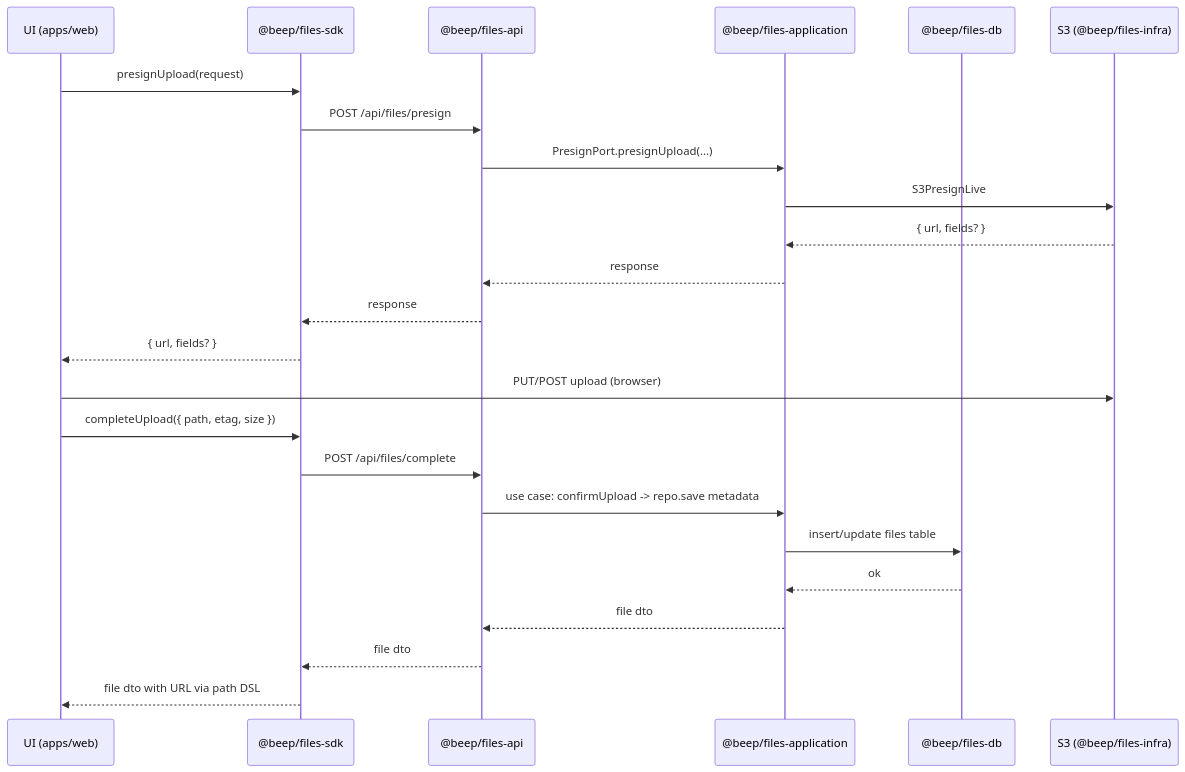
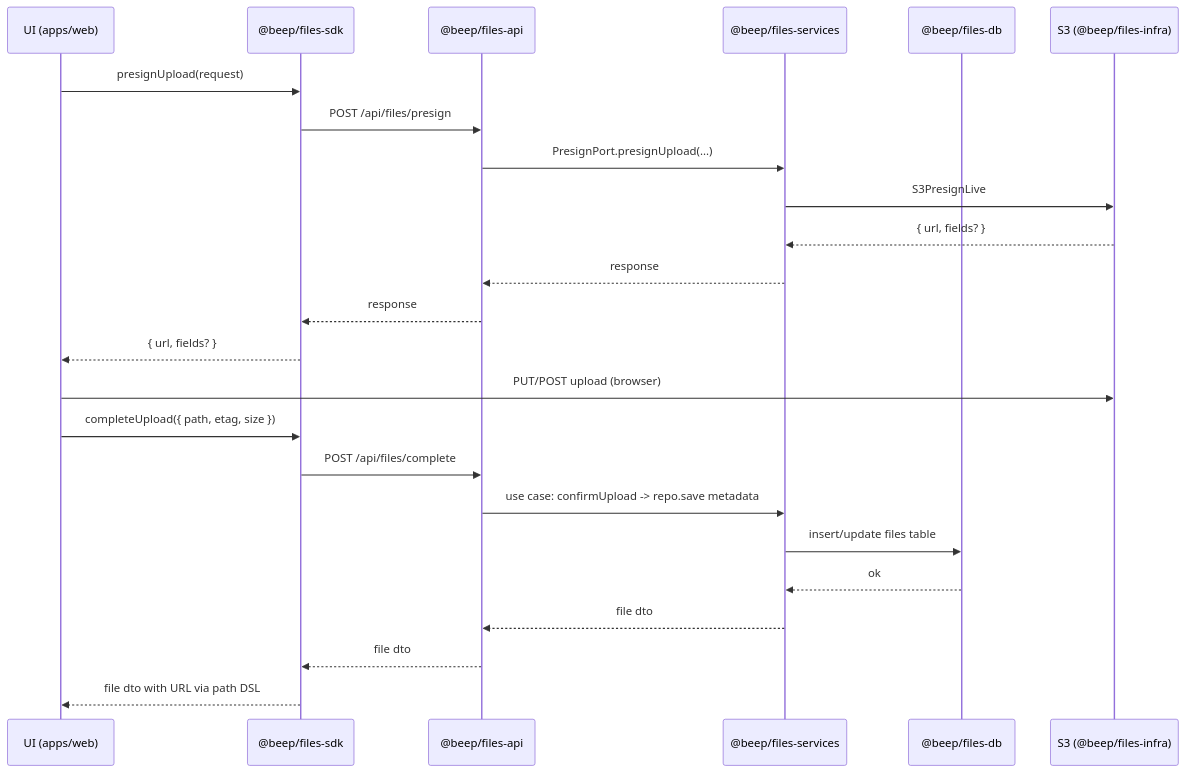
One commit to kriegcloud/beep-effect changed the second of 2 diagrams in packages/files/_SPEC/design_research.md. Above: the diagram before and after it, drawn with Mermaid. The commit also changed other lines of this file and 40 other files, not shown here.

Commit message:
renamed @beep/files-application to @beep/files-services

````diff
--- a/packages/files/_SPEC/design_research.md
+++ b/packages/files/_SPEC/design_research.md
@@ -594,28 +594,28 @@
 ```mermaid
 sequenceDiagram
   participant UI as UI (apps/web)
   participant SDK as @beep/files-sdk
   participant API as @beep/files-api
-  participant APP as @beep/files-application
+  participant APP as @beep/files-services
   participant DB as @beep/files-db
   participant S3 as S3 (@beep/files-infra)
 
   UI->>SDK: presignUpload(request)
   SDK->>API: POST /api/files/presign
   API->>APP: PresignPort.presignUpload(...)
   APP->>S3: S3PresignLive
   S3-->>APP: { url, fields? }
   APP-->>API: response
   API-->>SDK: response
   SDK-->>UI: { url, fields? }
 
   UI->>S3: PUT/POST upload (browser)
   UI->>SDK: completeUpload({ path, etag, size })
   SDK->>API: POST /api/files/complete
   API->>APP: use case: confirmUpload -> repo.save metadata
   APP->>DB: insert/update files table
   DB-->>APP: ok
   APP-->>API: file dto
   API-->>SDK: file dto
   SDK-->>UI: file dto with URL via path DSL
 ```
````
